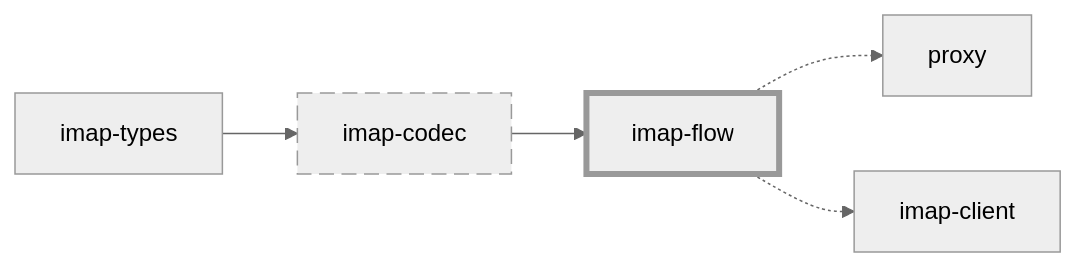
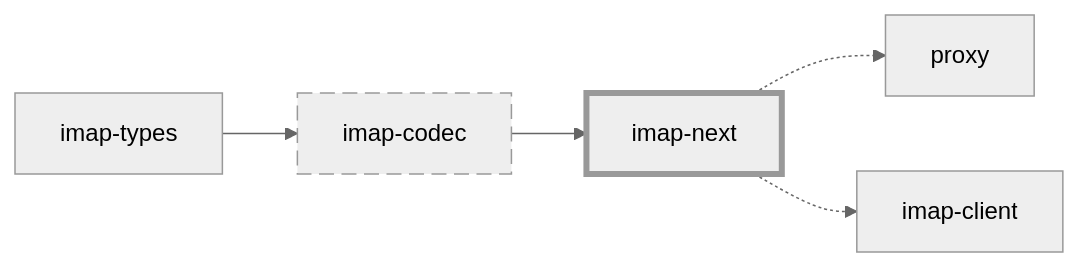
Before and after one commit to duesee/imap-next: the diagram in README.md, drawn with Mermaid. The commit also changed other lines of this file and 20 other files, not shown here.

````diff
--- a/README.md
+++ b/README.md
@@ -7,17 +7,17 @@
 ```mermaid
 %%{init: {'theme': 'neutral' } }%%
 flowchart LR
     imap-types --> imap-codec
-    imap-codec --> imap-flow
-    imap-flow -.-> proxy
-    imap-flow -.-> imap-client
+    imap-codec --> imap-next
+    imap-next -.-> proxy
+    imap-next -.-> imap-client
     
     style imap-codec stroke-dasharray: 10 5
-    style imap-flow stroke-width:4px
+    style imap-next stroke-width:4px
     
     click imap-types href "https://github.com/duesee/imap-codec/tree/main/imap-types"
     click imap-codec href "https://github.com/duesee/imap-codec"
-    click imap-flow href "https://github.com/duesee/imap-flow"
-    click proxy href "https://github.com/duesee/imap-flow/tree/main/proxy"
+    click imap-next href "https://github.com/duesee/imap-next"
+    click proxy href "https://github.com/duesee/imap-next/tree/main/proxy"
     click imap-client href "https://github.com/soywod/imap-client"
 ```
````
